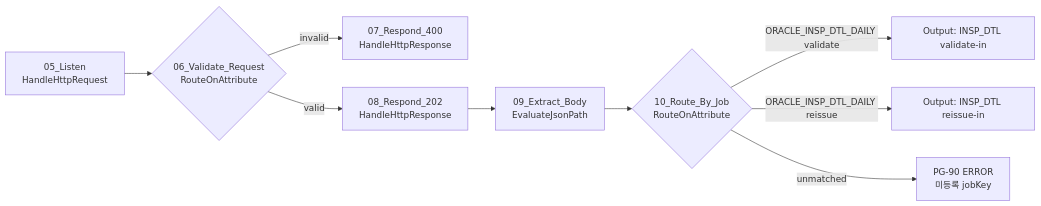
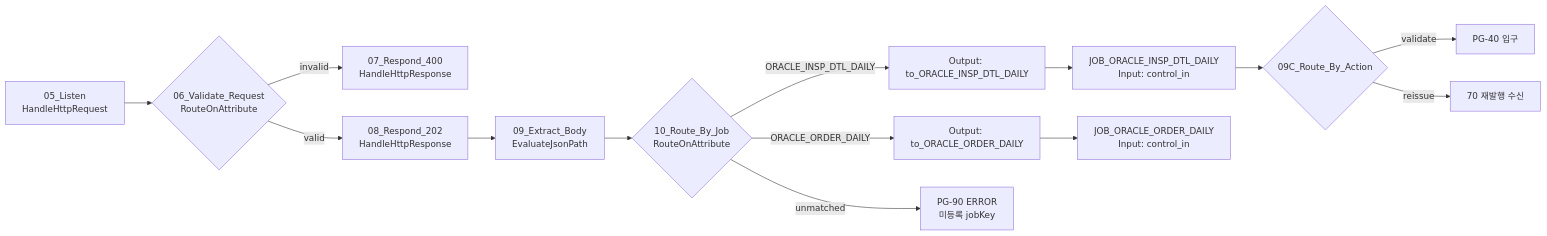
One commit to DataDynamics/nifi-sqoop-removal changed the eighth of 13 diagrams in nifi-sqoop-removal-guide.md. Above: the diagram before and after it, drawn with Mermaid. The commit also changed other lines of this file and 4 other files, not shown here.

````diff
--- a/nifi-sqoop-removal-guide.md
+++ b/nifi-sqoop-removal-guide.md
@@ -1206,11 +1215,16 @@
 ```mermaid
 flowchart LR
     L[05_Listen<br/>HandleHttpRequest] --> V{06_Validate_Request<br/>RouteOnAttribute}
     V -->|invalid| R4[07_Respond_400<br/>HandleHttpResponse]
     V -->|valid| R2[08_Respond_202<br/>HandleHttpResponse]
     R2 --> J[09_Extract_Body<br/>EvaluateJsonPath]
     J --> RT{10_Route_By_Job<br/>RouteOnAttribute}
-    RT -->|ORACLE_INSP_DTL_DAILY validate| P1[Output: INSP_DTL validate-in]
-    RT -->|ORACLE_INSP_DTL_DAILY reissue| P2[Output: INSP_DTL reissue-in]
+    RT -->|ORACLE_INSP_DTL_DAILY| P1[Output: to_ORACLE_INSP_DTL_DAILY]
+    RT -->|ORACLE_ORDER_DAILY| P2[Output: to_ORACLE_ORDER_DAILY]
     RT -->|unmatched| E[PG-90 ERROR<br/>미등록 jobKey]
+    P1 --> J1[JOB_ORACLE_INSP_DTL_DAILY<br/>Input: control_in]
+    P2 --> J2[JOB_ORACLE_ORDER_DAILY<br/>Input: control_in]
+    J1 --> A{09C_Route_By_Action}
+    A -->|validate| S[PG-40 입구]
+    A -->|reissue| R[70 재발행 수신]
 ```
````
